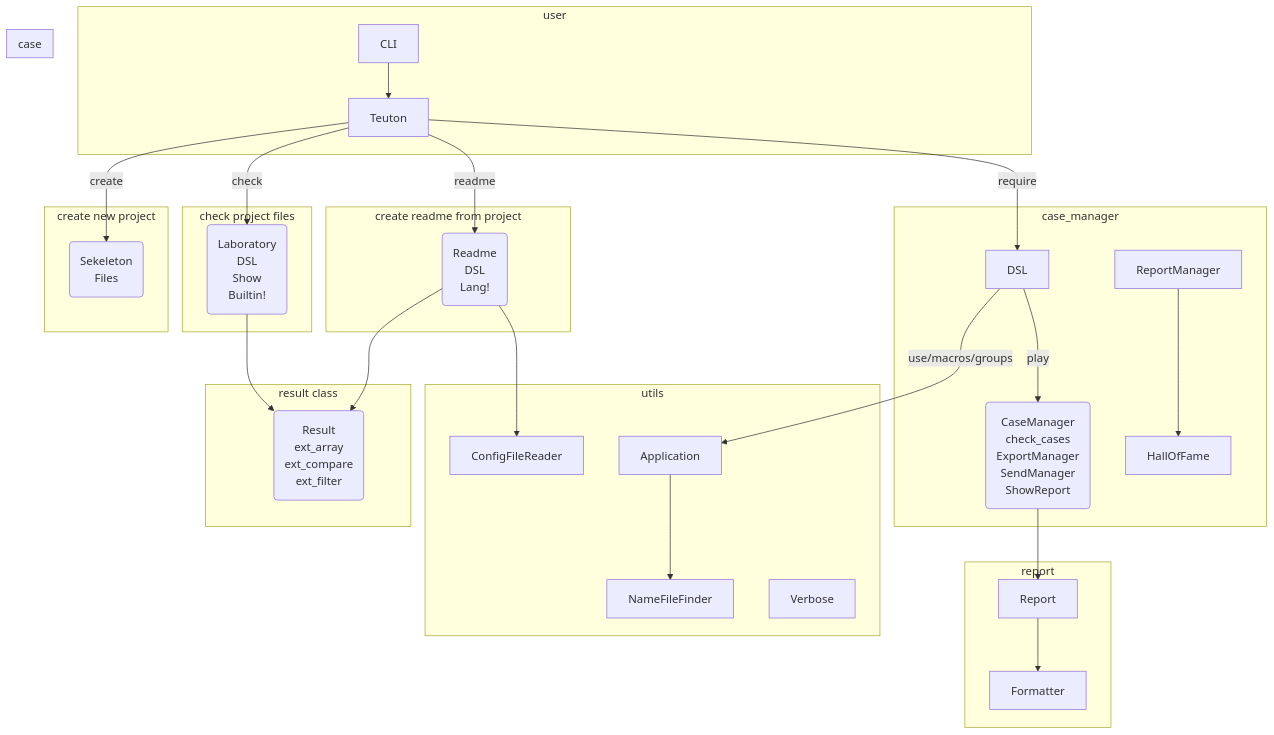
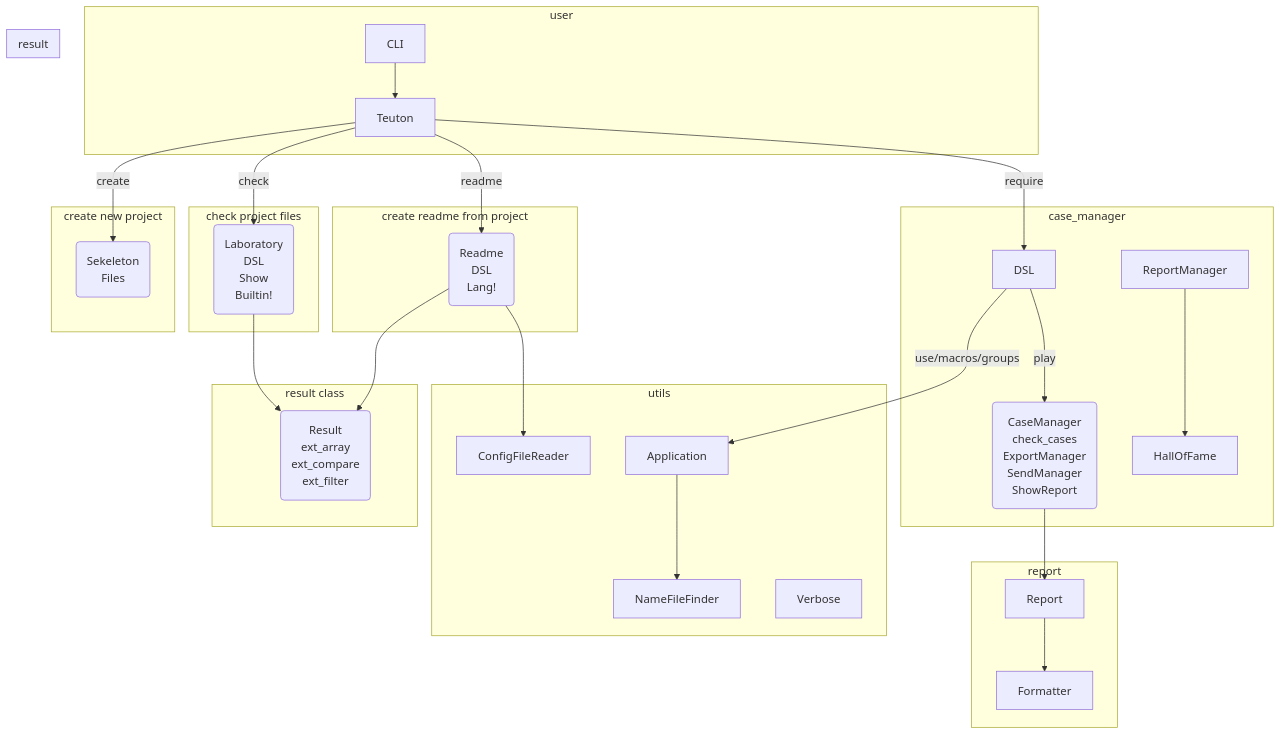
Before and after one commit to teuton-software/teuton: the diagram in docs/diagram.md, drawn with Mermaid.

````diff
--- a/docs/diagram.md
+++ b/docs/diagram.md
@@ -5,46 +5,46 @@
 ```mermaid
 flowchart TB
 
 subgraph user
   CLI --> Teuton
 end
 
 subgraph "create new project"
   Teuton -- create --> Skeleton("Sekeleton\nFiles")
 end
 
 subgraph "check project files"
   Teuton -- check --> Laboratory("Laboratory\nDSL\nShow\nBuiltin!")
 end
 
 subgraph "create readme from project"
   Teuton -- readme --> Readme("Readme\nDSL\nLang!")
 end
 
 subgraph "result class"
   Laboratory --> Result
   Readme --> Result("Result\next_array\next_compare\next_filter")
 end
 
 subgraph utils
   Readme --> ConfigFileReader
   Application --> NameFileFinder
   Verbose
 end
 
 subgraph case_manager
   Teuton -- require --> DSL
   DSL -- use/macros/groups --> Application
   DSL -- play --> CaseManager("CaseManager\ncheck_cases\nExportManager\nSendManager\nShowReport")
   ReportManager --> HallOfFame
 end
 
-subgraph case
+subgraph result
   Result("Result\next_array\next_compare\next_filter")
 end
 
 subgraph report
   CaseManager --> Report
   Report --> Formatter
 end
 ```
````
